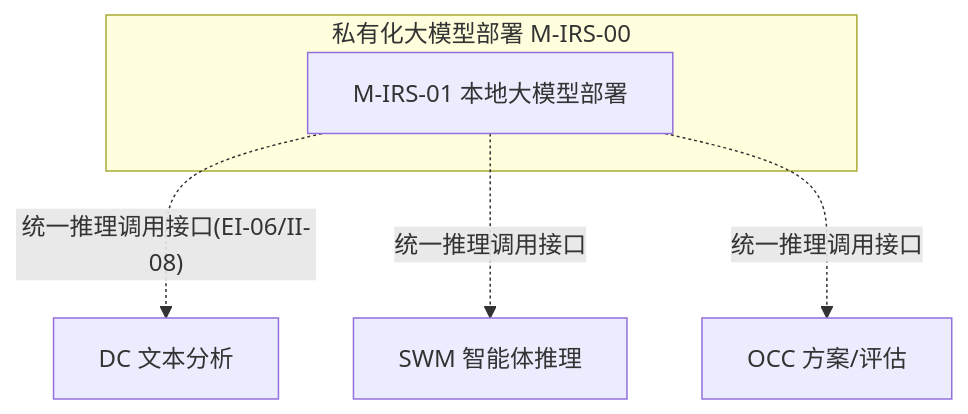
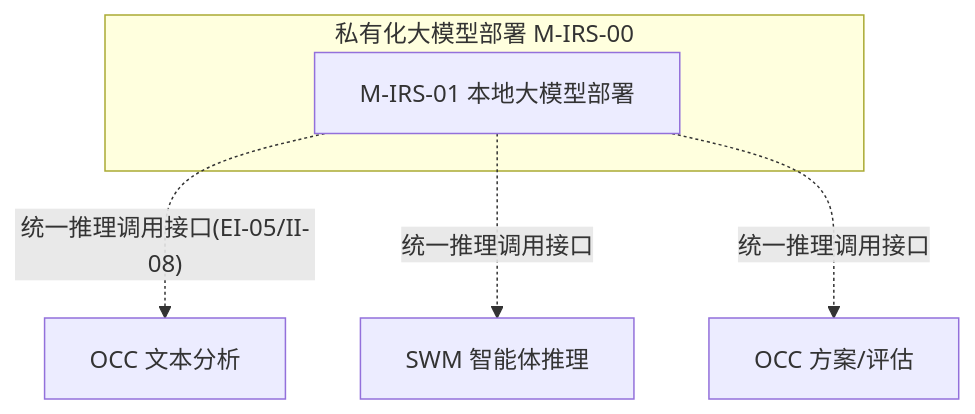
One commit to Sj-g/obsidian changed diagram 47 of 49 in 公司项目/认知作战/文档/软件概要设计-架构图.md. Above: the diagram before and after it, drawn with Mermaid. The commit also changed other lines of this file, not shown here.

````diff
--- a/公司项目/认知作战/文档/软件概要设计-架构图.md
+++ b/公司项目/认知作战/文档/软件概要设计-架构图.md
@@ -838,10 +881,10 @@
 ```mermaid
 flowchart TB
     subgraph IRS["私有化大模型部署 M-IRS-00"]
         IRS1["M-IRS-01 本地大模型部署"]
     end
 
-    IRS1 -.->|"统一推理调用接口(EI-06/II-08)"| DC["DC 文本分析"]
+    IRS1 -.->|"统一推理调用接口(EI-05/II-08)"| DC["OCC 文本分析"]
     IRS1 -.->|"统一推理调用接口"| SWM["SWM 智能体推理"]
     IRS1 -.->|"统一推理调用接口"| OCC["OCC 方案/评估"]
 ```
````
